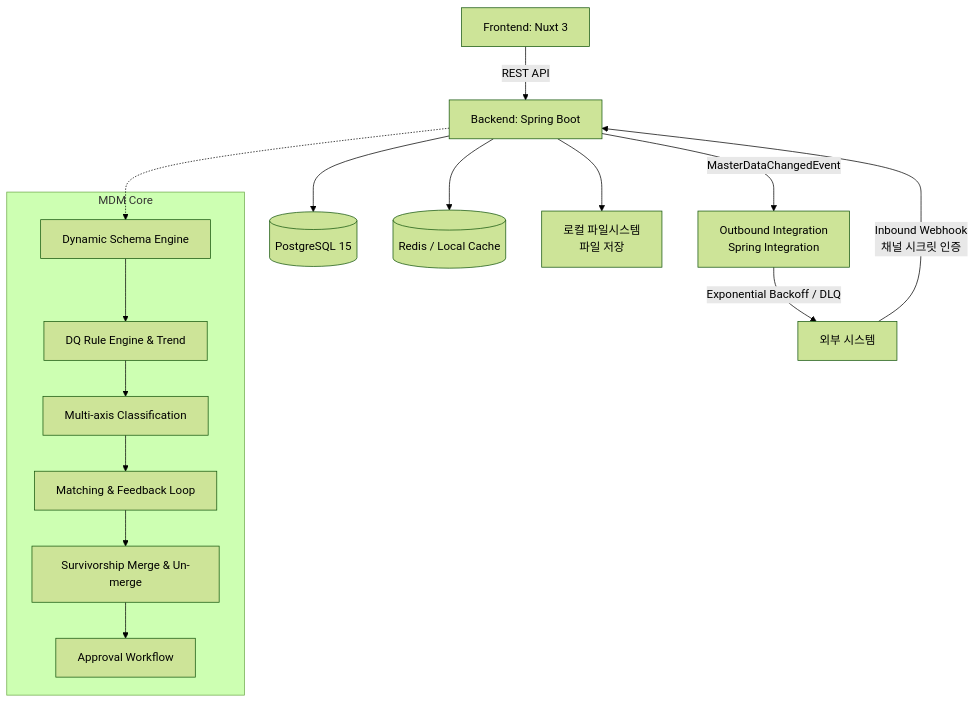
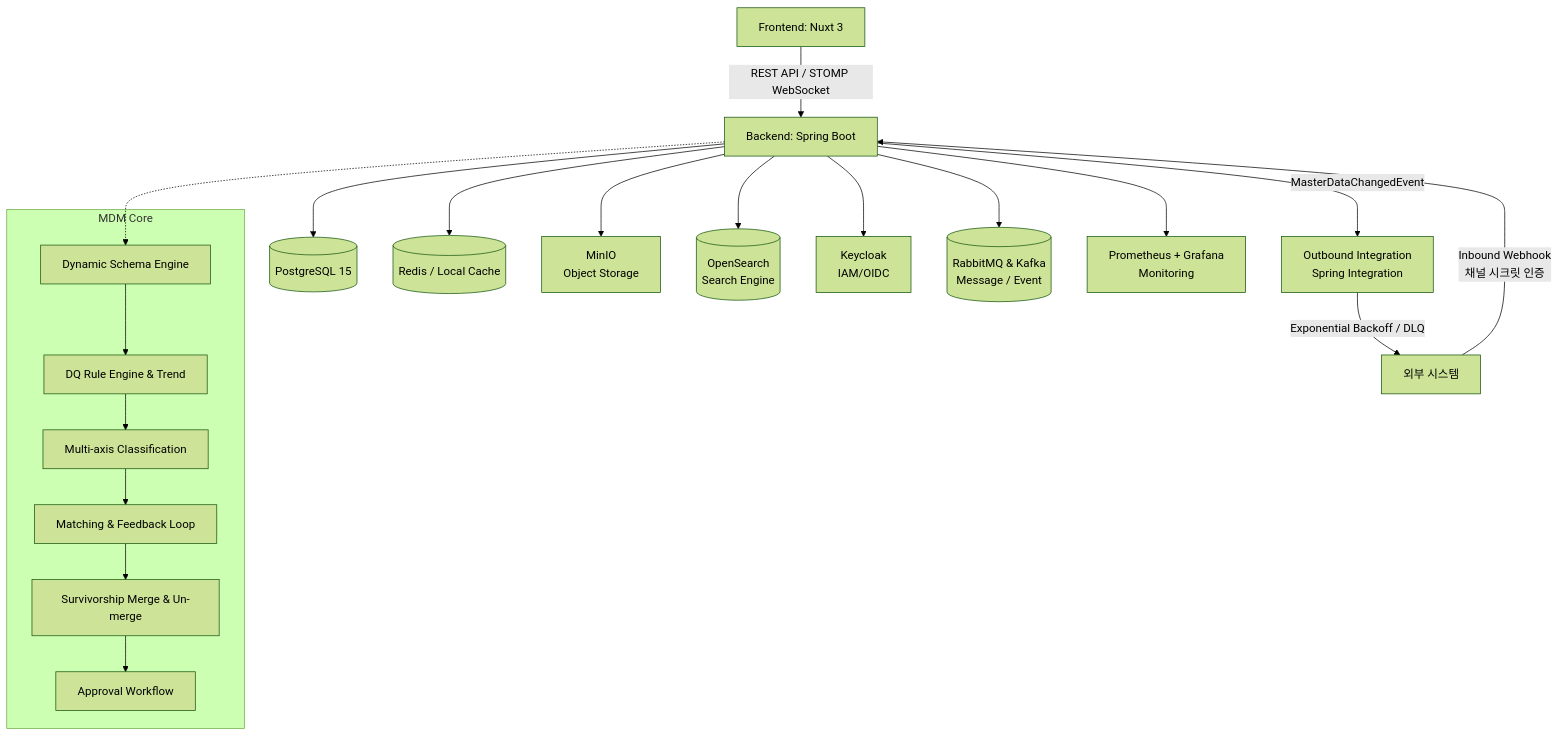
The diagram in README.md (Profavor/mplatform), drawn with Mermaid (forest theme) before and after one commit. The commit also changed other lines of this file and 6 other files, not shown here.

````diff
--- a/README.md
+++ b/README.md
@@ -14,21 +14,27 @@
 ```mermaid
 graph TD
-    A[Frontend: Nuxt 3] -->|REST API| B[Backend: Spring Boot]
+    A[Frontend: Nuxt 3] -->|REST API / STOMP WebSocket| B[Backend: Spring Boot]
     B --> C[(PostgreSQL 15)]
     B --> R[(Redis / Local Cache)]
-    B --> FS[로컬 파일시스템<br/>파일 저장]
+    B --> FS[MinIO<br/>Object Storage]
+    B --> OS[(OpenSearch<br/>Search Engine)]
+    B --> KC[Keycloak<br/>IAM/OIDC]
+    
     EXT[외부 시스템] -->|Inbound Webhook<br/>채널 시크릿 인증| B
     B -->|MasterDataChangedEvent| OUT[Outbound Integration<br/>Spring Integration]
     OUT -->|Exponential Backoff / DLQ| EXT
+    
+    B --> MQ[(RabbitMQ & Kafka<br/>Message / Event)]
+    B --> PROM[Prometheus + Grafana<br/>Monitoring]
 
     subgraph MDM Core
         S1[Dynamic Schema Engine]
         S2[DQ Rule Engine & Trend]
         S3[Multi-axis Classification]
         S4[Matching & Feedback Loop]
         S5[Survivorship Merge & Un-merge]
         S6[Approval Workflow]
         S1 --> S2 --> S3 --> S4 --> S5 --> S6
     end
     B -.-> S1
 ```
````
